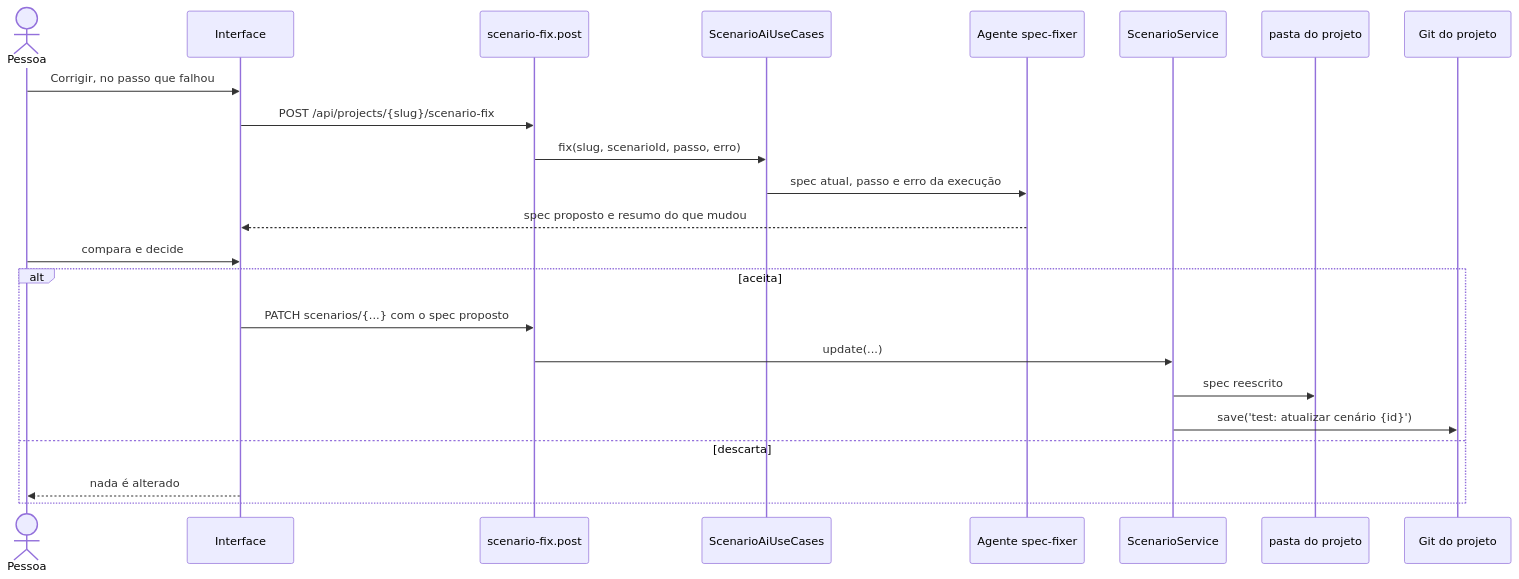
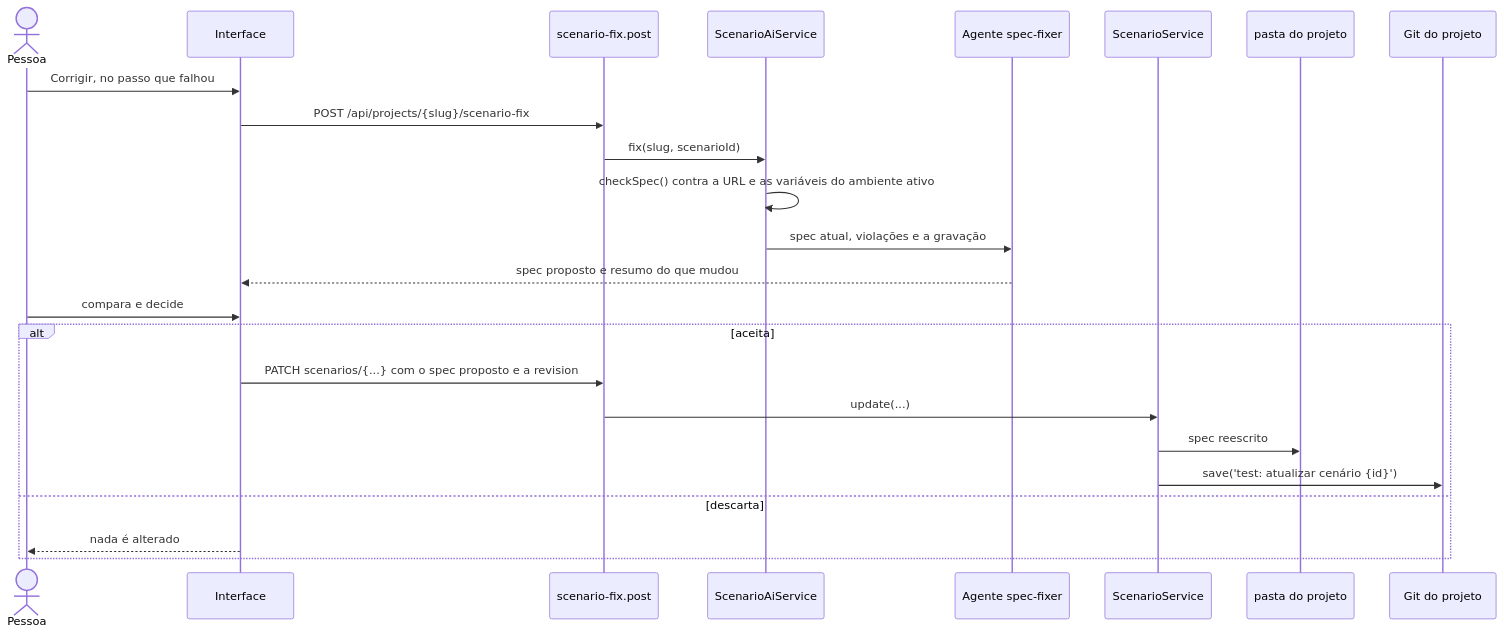
One commit to KauanCalheiro/acutis changed diagram 24 of 28 in docs/DIAGRAMS/SEQUENCE-DIAGRAMS.md. Above: the diagram before and after it, drawn with Mermaid. The commit also changed other lines of this file and 7 other files, not shown here.

````diff
--- a/docs/DIAGRAMS/SEQUENCE-DIAGRAMS.md
+++ b/docs/DIAGRAMS/SEQUENCE-DIAGRAMS.md
@@ -448,26 +829,27 @@
 ```mermaid
 sequenceDiagram
   actor Pessoa
   participant App as Interface
   participant API as scenario-fix.post
-  participant AI as ScenarioAiUseCases
+  participant AI as ScenarioAiService
   participant IA as Agente spec-fixer
   participant SS as ScenarioService
   participant FS as pasta do projeto
   participant Git as Git do projeto
 
   Pessoa->>App: Corrigir, no passo que falhou
   App->>API: POST /api/projects/{slug}/scenario-fix
-  API->>AI: fix(slug, scenarioId, passo, erro)
-  AI->>IA: spec atual, passo e erro da execução
+  API->>AI: fix(slug, scenarioId)
+  AI->>AI: checkSpec() contra a URL e as variáveis do ambiente ativo
+  AI->>IA: spec atual, violações e a gravação
   IA-->>App: spec proposto e resumo do que mudou
   Pessoa->>App: compara e decide
   alt aceita
-    App->>API: PATCH scenarios/{...} com o spec proposto
+    App->>API: PATCH scenarios/{...} com o spec proposto e a revision
     API->>SS: update(...)
     SS->>FS: spec reescrito
     SS->>Git: save('test: atualizar cenário {id}')
   else descarta
     App-->>Pessoa: nada é alterado
   end
 ```
````
